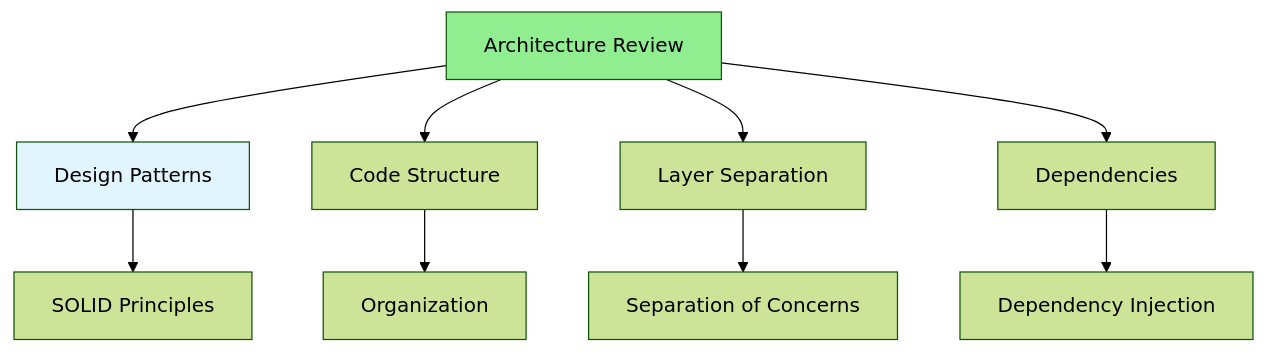
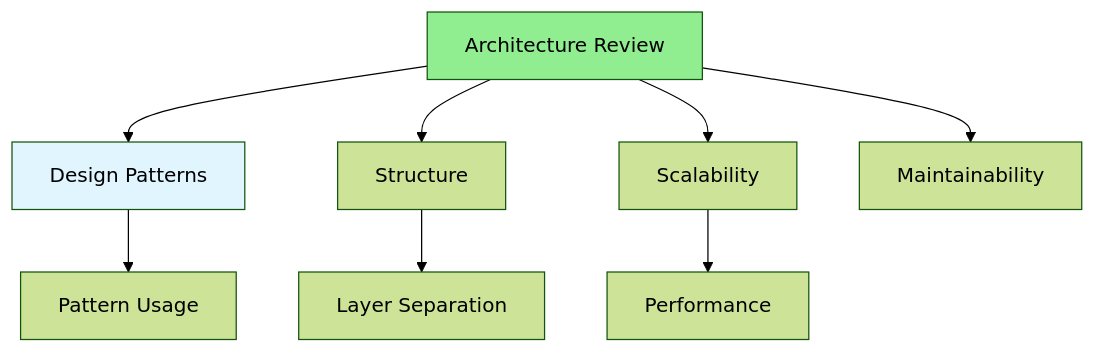
The diagram in Full-Stack-Guides/Group-08-Code-Review/08.07_Architecture_Review.md (iouthnamain/tech-note), drawn with Mermaid (forest theme) before and after one commit. The commit also changed other lines of this file and 480 other files, not shown here.

````diff
--- a/Full-Stack-Guides/Group-08-Code-Review/08.07_Architecture_Review.md
+++ b/Full-Stack-Guides/Group-08-Code-Review/08.07_Architecture_Review.md
@@ -22,15 +22,14 @@
 ```mermaid
 graph TD
-    Architecture[Architecture Review] --> Patterns[Design Patterns]
-    Architecture --> Structure[Code Structure]
-    Architecture --> Layers[Layer Separation]
-    Architecture --> Dependencies[Dependencies]
+    Architecture[Architecture Review] --> Design[Design Patterns]
+    Architecture --> Structure[Structure]
+    Architecture --> Scalability[Scalability]
+    Architecture --> Maintainability[Maintainability]
     
-    Patterns --> SOLID[SOLID Principles]
-    Structure --> Organization[Organization]
-    Layers --> Separation[Separation of Concerns]
-    Dependencies --> Injection[Dependency Injection]
+    Design --> Patterns[Pattern Usage]
+    Structure --> Layers[Layer Separation]
+    Scalability --> Performance[Performance]
     
     style Architecture fill:#90EE90
-    style Patterns fill:#e1f5ff
+    style Design fill:#e1f5ff
 ```
````
